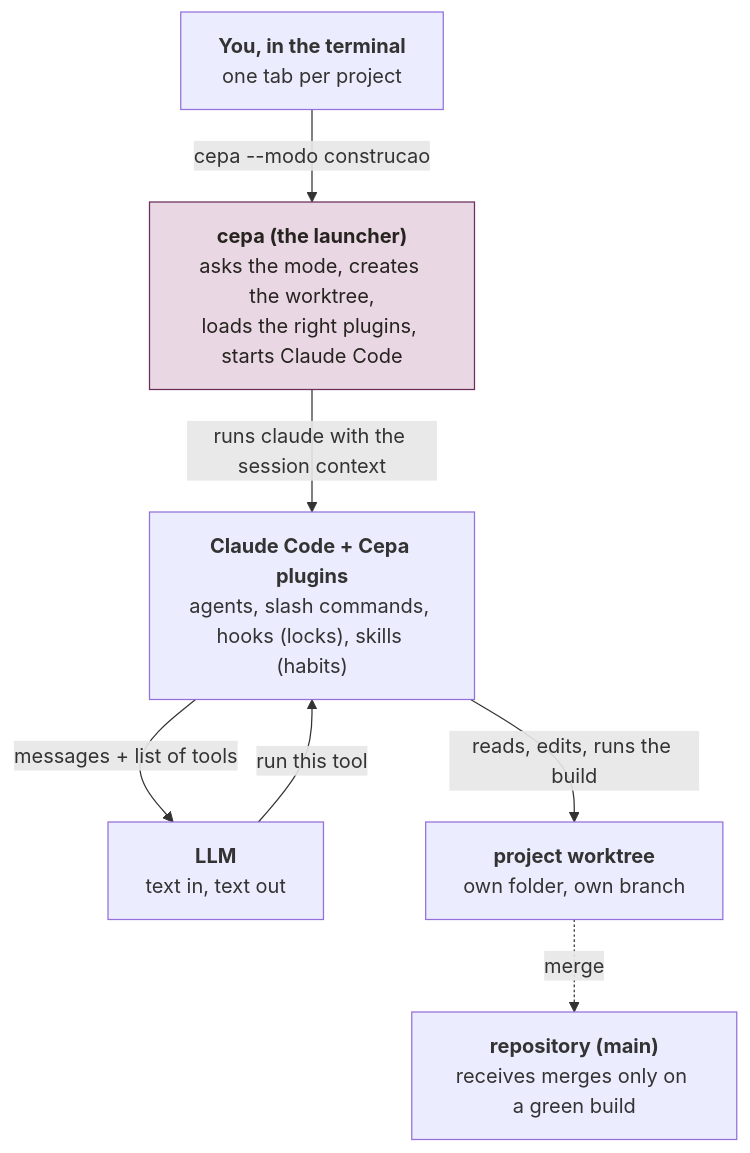
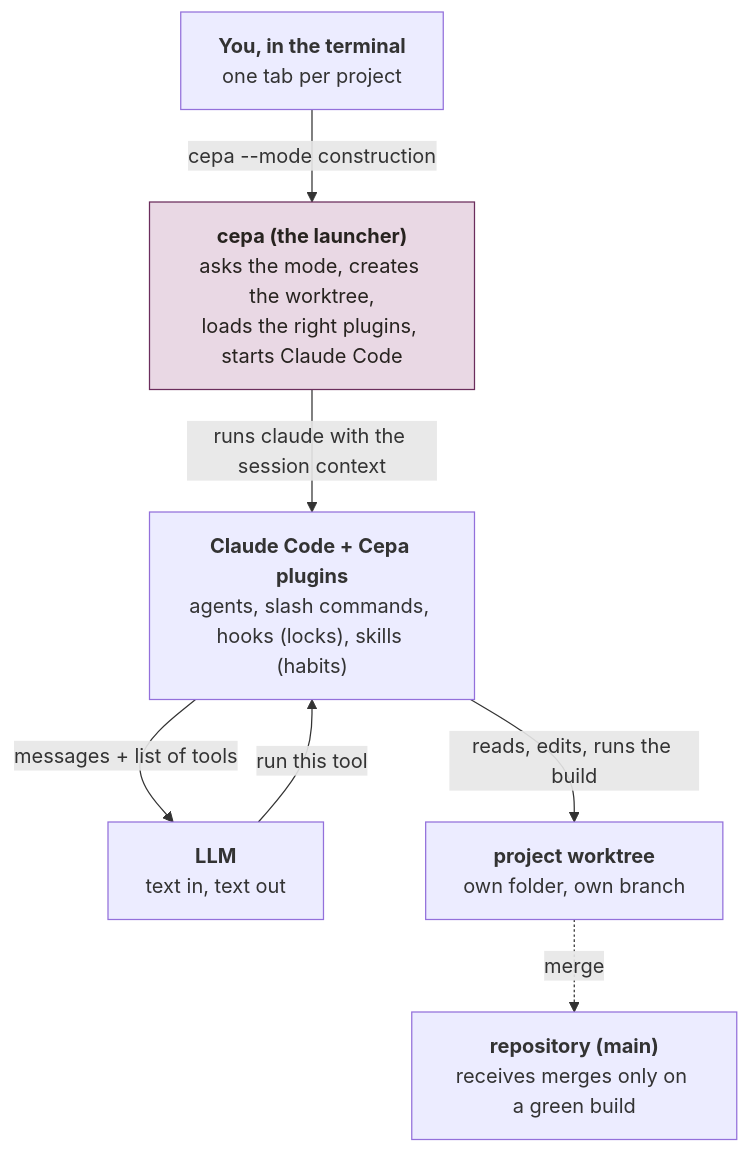
One commit to alegomes/cepa changed the first of 5 diagrams in docs/how-it-fits.md. Above: the diagram before and after it, drawn with Mermaid. The commit also changed other lines of this file and 113 other files, not shown here.

````diff
--- a/docs/how-it-fits.md
+++ b/docs/how-it-fits.md
@@ -37,18 +37,18 @@
 ```mermaid
 flowchart TB
     you["<b>You, in the terminal</b><br/>one tab per project"]
     cepa["<b>cepa (the launcher)</b><br/>asks the mode, creates the worktree,<br/>loads the right plugins, starts Claude Code"]
     cc["<b>Claude Code + Cepa plugins</b><br/>agents, slash commands, hooks (locks), skills (habits)"]
     llm["<b>LLM</b><br/>text in, text out"]
     wt["<b>project worktree</b><br/>own folder, own branch"]
     main["<b>repository (main)</b><br/>receives merges only on a green build"]
 
-    you -- "cepa --modo construcao" --> cepa
+    you -- "cepa --mode construction" --> cepa
     cepa -- "runs claude with the session context" --> cc
     cc -- "messages + list of tools" --> llm
     llm -- "run this tool" --> cc
     cc -- "reads, edits, runs the build" --> wt
     wt -. "merge" .-> main
 
     style cepa fill:#e9d8e4,stroke:#6b2d5c,color:#27231f
 ```
````
